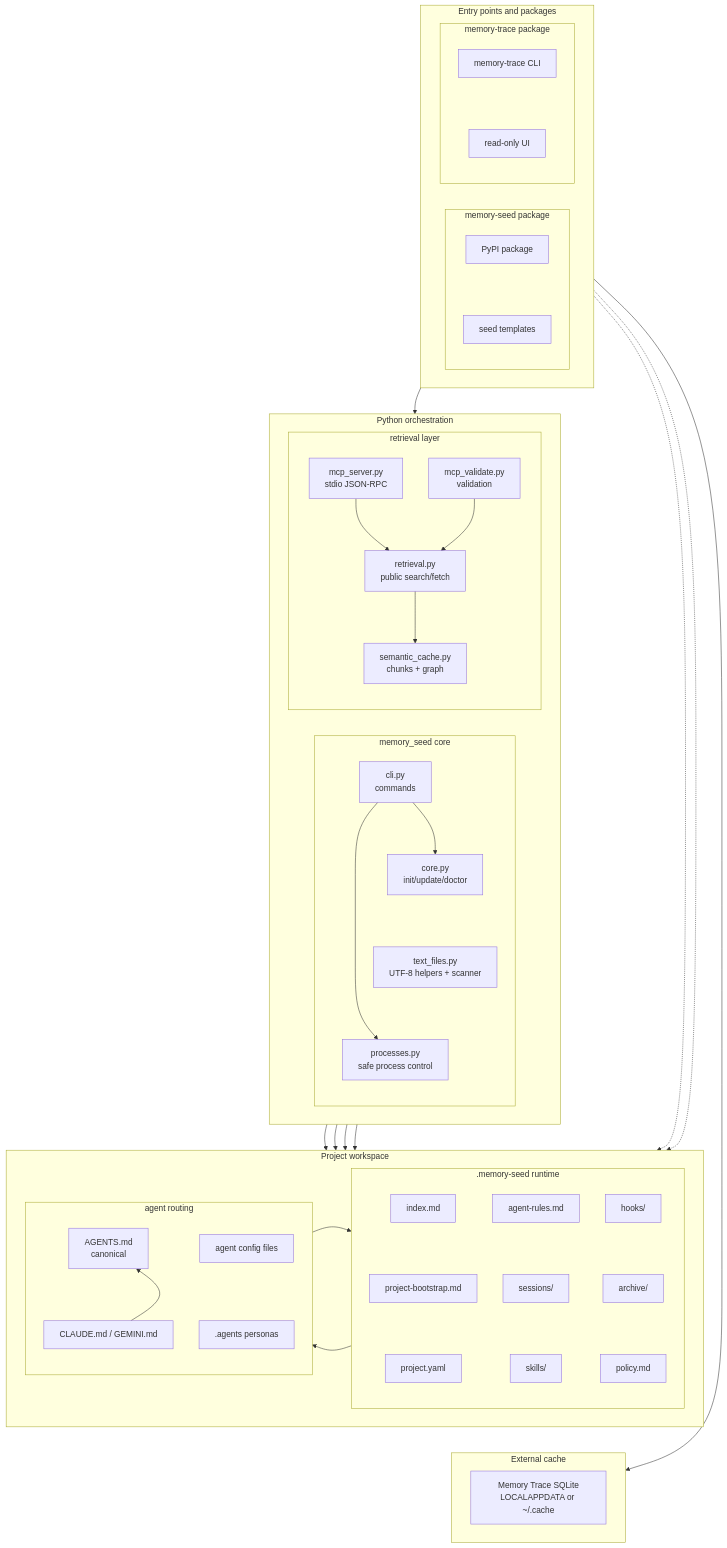
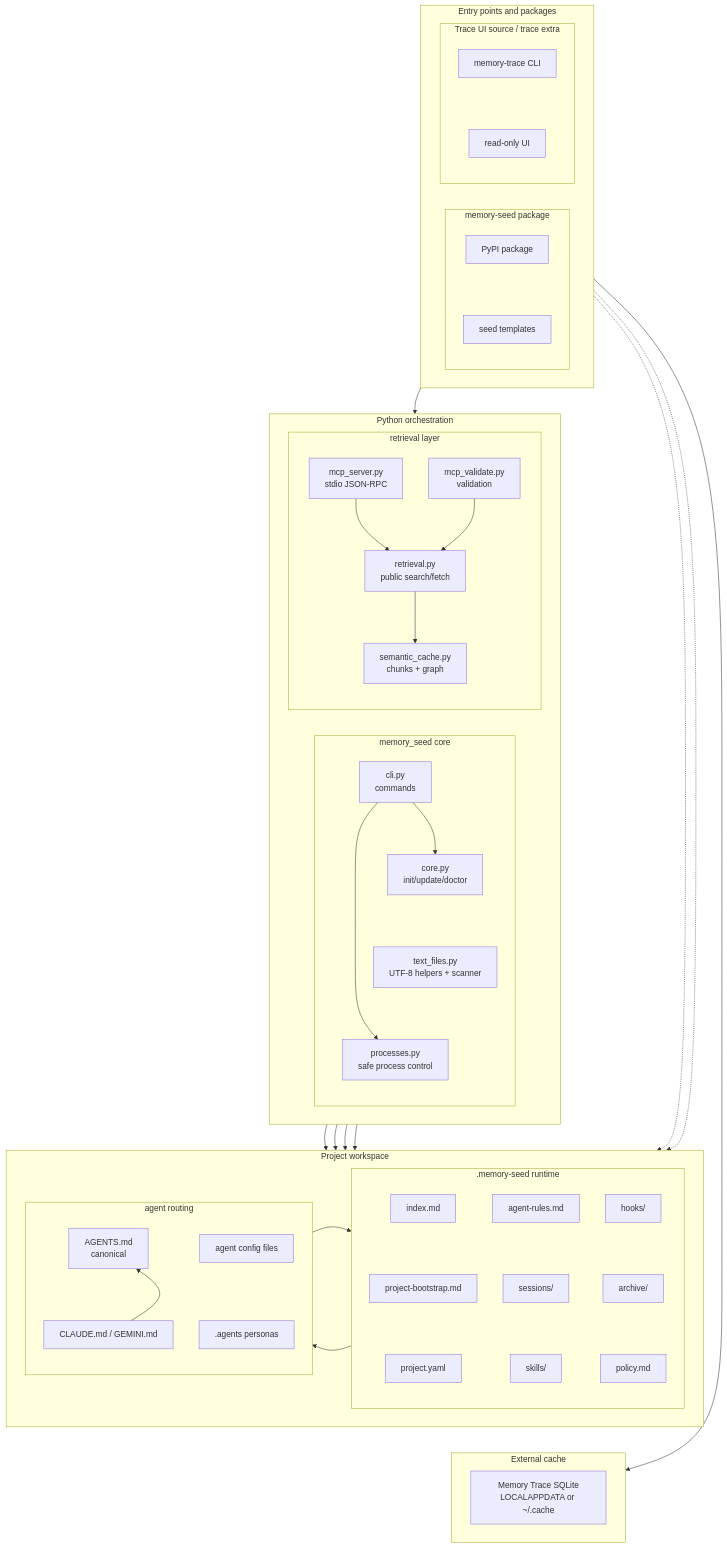
The first of 23 diagrams in docs/3_Spec/functionality-audit.md (jnl-tshi/memory-seed), drawn with Mermaid before and after one commit. The commit also changed other lines of this file and 9 other files, not shown here.

````diff
--- a/docs/3_Spec/functionality-audit.md
+++ b/docs/3_Spec/functionality-audit.md
@@ -23,79 +23,79 @@
 ```mermaid
 graph TD
   subgraph TopTier["Entry points and packages"]
     direction LR
     subgraph SeedPkg["memory-seed package"]
       direction TB
       PKG["PyPI package"] ~~~ SEED["seed templates"]
     end
-    subgraph TracePkg["memory-trace package"]
+    subgraph TracePkg["Trace UI source / trace extra"]
       direction TB
       TRACECLI["memory-trace CLI"] ~~~ TRACEUI["read-only UI"]
     end
   end
 
   subgraph CoreTier["Python orchestration"]
     direction LR
     subgraph SeedCore["memory_seed core"]
       direction TB
       CLI["cli.py<br>commands"]
       CORE["core.py<br>init/update/doctor"]
       TEXT["text_files.py<br>UTF-8 helpers + scanner"]
       PROC["processes.py<br>safe process control"]
       CLI --> CORE
       CLI --> PROC
       CORE ~~~ TEXT ~~~ PROC
     end
     subgraph Retrieval["retrieval layer"]
       direction TB
       RET["retrieval.py<br>public search/fetch"]
       CACHE["semantic_cache.py<br>chunks + graph"]
       MCP["mcp_server.py<br>stdio JSON-RPC"]
       VAL["mcp_validate.py<br>validation"]
       RET --> CACHE
       MCP --> RET
       VAL --> RET
     end
   end
 
   subgraph ProjectTier["Project workspace"]
     direction LR
     subgraph Runtime[".memory-seed runtime"]
       direction TB
       IDX["index.md"] ~~~ BOOT["project-bootstrap.md"] ~~~ PROJ["project.yaml"]
       RULES["agent-rules.md"] ~~~ SESS["sessions/"] ~~~ SKILLS["skills/"]
       HOOKS["hooks/"] ~~~ ARCH["archive/"] ~~~ POLICY["policy.md"]
     end
     subgraph Routing["agent routing"]
       direction TB
       AGENTS["AGENTS.md<br>canonical"]
       PERAGENT["CLAUDE.md / GEMINI.md"]
       CONFIGS["agent config files"]
       PERSONA[".agents personas"]
       AGENTS ~~~ PERAGENT
       CONFIGS ~~~ PERSONA
     end
   end
 
   subgraph CacheTier["External cache"]
     direction LR
     SQLITE["Memory Trace SQLite<br>LOCALAPPDATA or ~/.cache"]
   end
 
   TopTier ~~~ CoreTier
   CoreTier ~~~ ProjectTier
   ProjectTier ~~~ CacheTier
 
   SEED -.-> Runtime
   SEED -.-> Routing
   CORE --> PROJ
   CORE --> CONFIGS
   CORE --> AGENTS
   TRACEUI --> RET
   TRACEUI --> SQLITE
   CACHE --> SESS
   HOOKS --> AGENTS
   PERAGENT --> AGENTS
   PERSONA --> RULES
 
 ```
````
